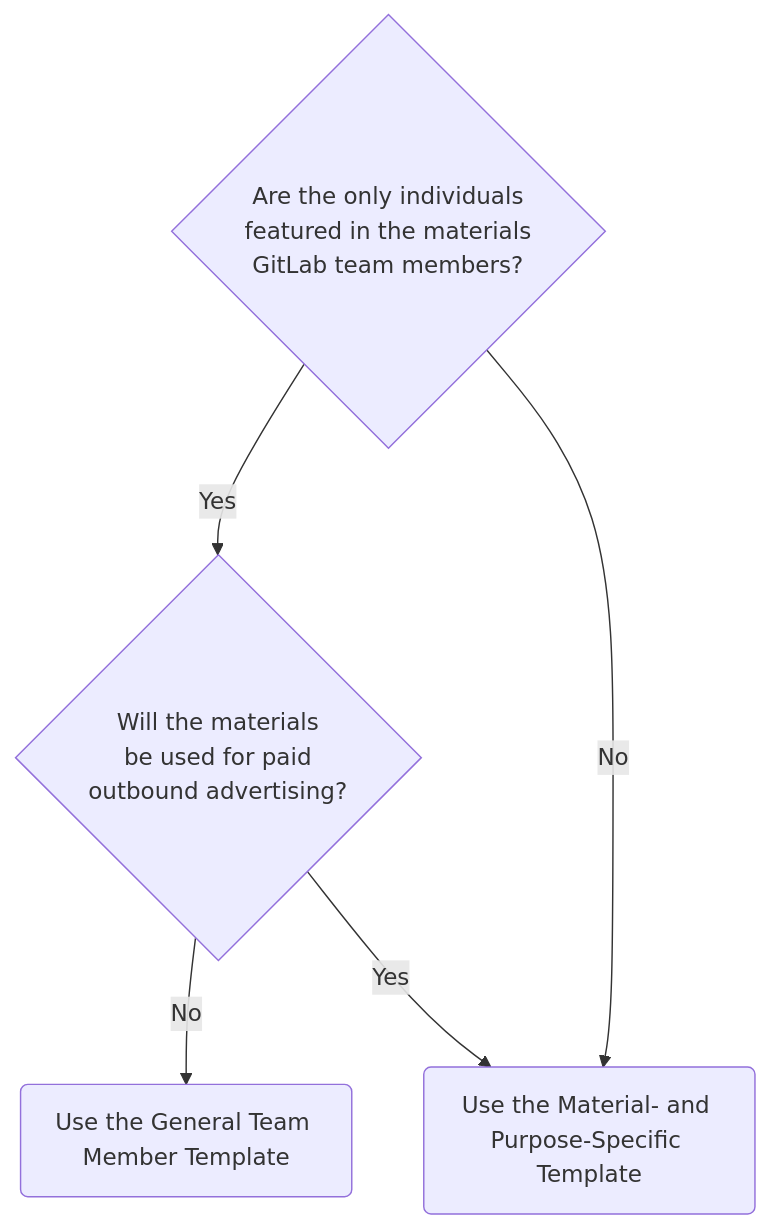
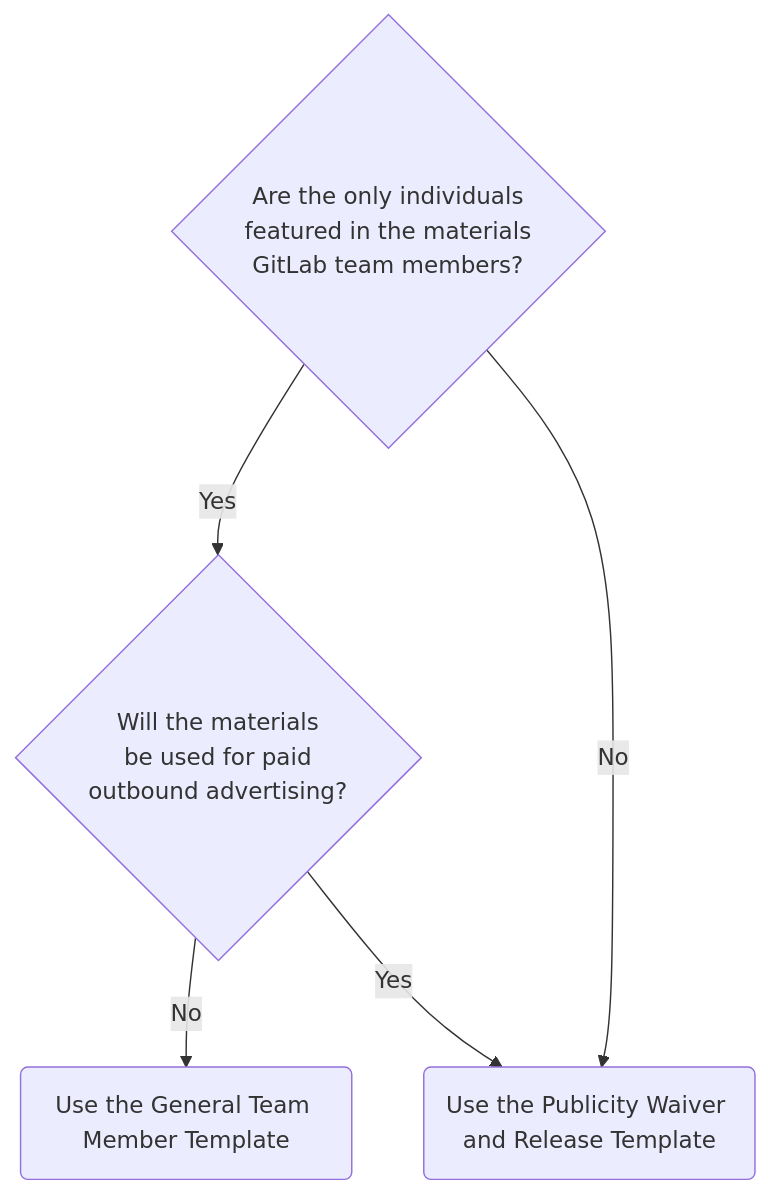
Before and after one commit to moliver28/research-handbook: the diagram in content/handbook/legal/publicity-waiver-release.md, drawn with Mermaid. The commit also changed other lines of this file, not shown here.

Commit message:
Update file publicity-waiver-release.md

````diff
--- a/content/handbook/legal/publicity-waiver-release.md
+++ b/content/handbook/legal/publicity-waiver-release.md
@@ -26,10 +26,10 @@
 ```mermaid
 graph TD
   A{Are the only individuals<br> featured in the materials<br> GitLab team members?}-->|Yes|B{Will the materials<br> be used for paid<br> outbound advertising?}
-  A -->|No| C(Use the Material- and Purpose-Specific Template)
+  A -->|No| C(Use the Publicity Waiver and Release Template)
   B -->|No| D(Use the General Team Member Template)
   B -->|Yes| C
 
-click C "/handbook/legal/publicity-waiver-release/#material-and-purpose-specific-publicity-waiver-and-release"
+click C "/handbook/legal/publicity-waiver-release/#publicity-waiver-and-release"
 click D "/handbook/legal/publicity-waiver-release/#team-member-general-publicity-waiver-and-release"
 ```
````
